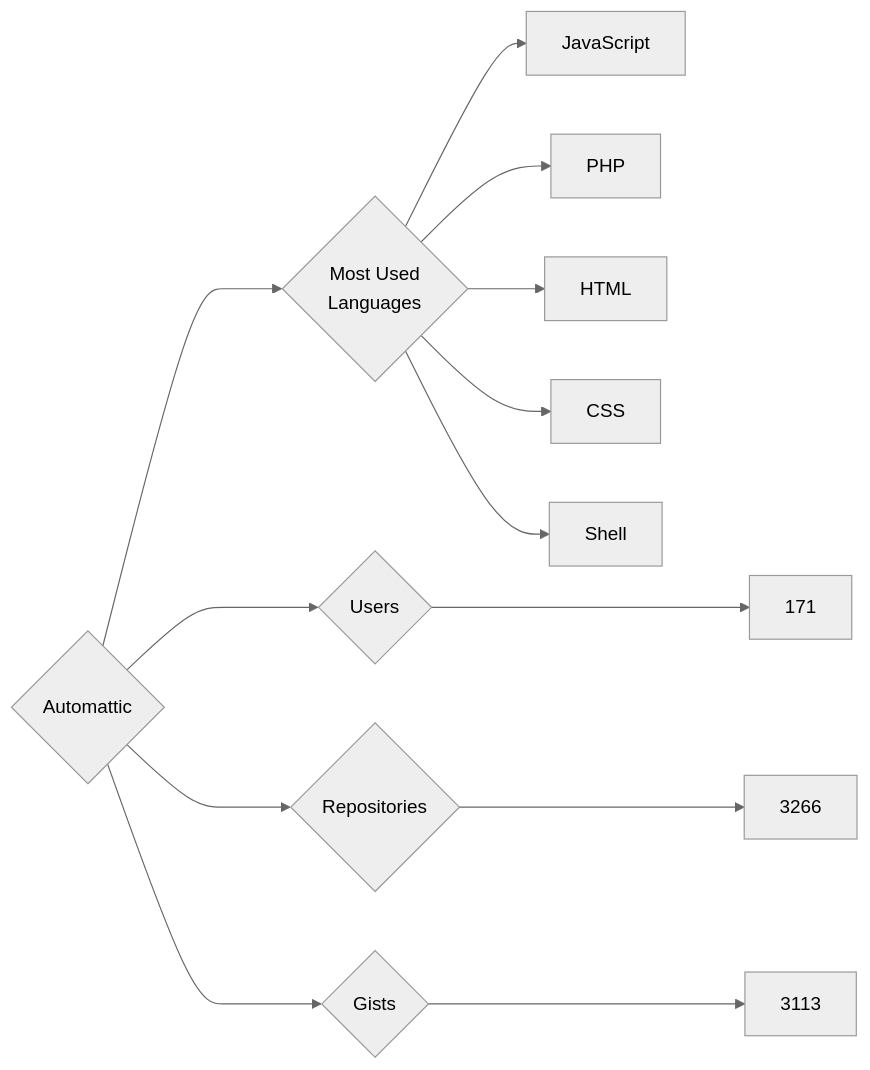
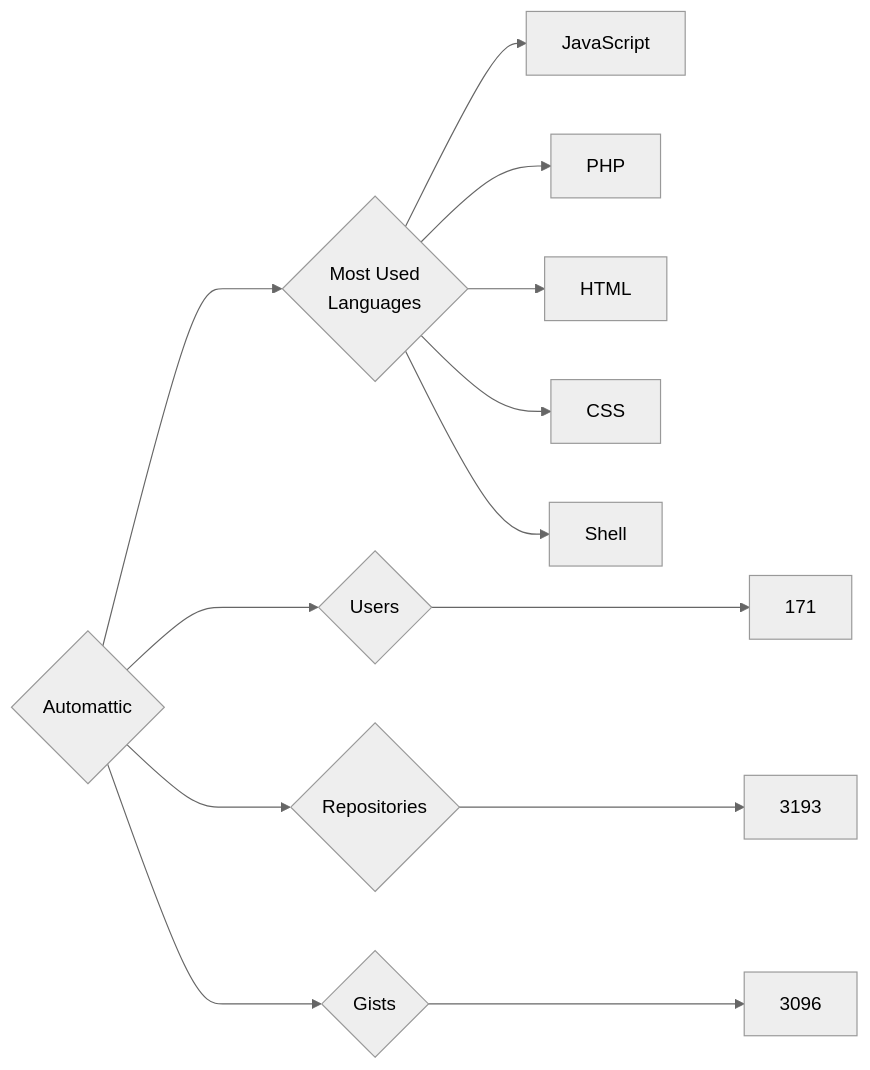
One commit to trickest/insiders changed the diagram in targets/Automattic/README.md. Above: the diagram before and after it, drawn with Mermaid (neutral theme). The commit also changed 845 other files, not shown here.

````diff
--- a/targets/Automattic/README.md
+++ b/targets/Automattic/README.md
@@ -3,13 +3,13 @@
 ```mermaid
 graph LR
 COMPANY_NAME{Automattic}
 COMPANY_NAME ---> U{Users} ---> UN[171]
-COMPANY_NAME ---> R{Repositories} ---> RN[3266]
-COMPANY_NAME ---> G{Gists} ---> GN[3113]
+COMPANY_NAME ---> R{Repositories} ---> RN[3193]
+COMPANY_NAME ---> G{Gists} ---> GN[3096]
 COMPANY_NAME ---> ML{Most Used<br>Languages}
 ML --> JavaScript[JavaScript]
 ML --> PHP[PHP]
 ML --> HTML[HTML]
 ML --> CSS[CSS]
 ML --> Shell[Shell]
 ```
````
